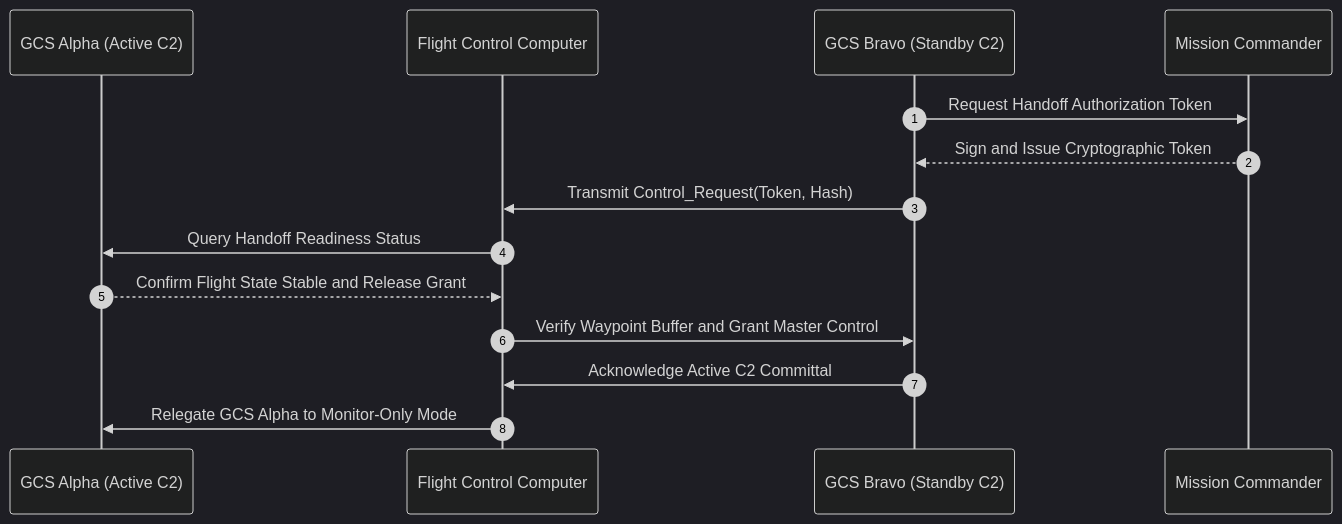
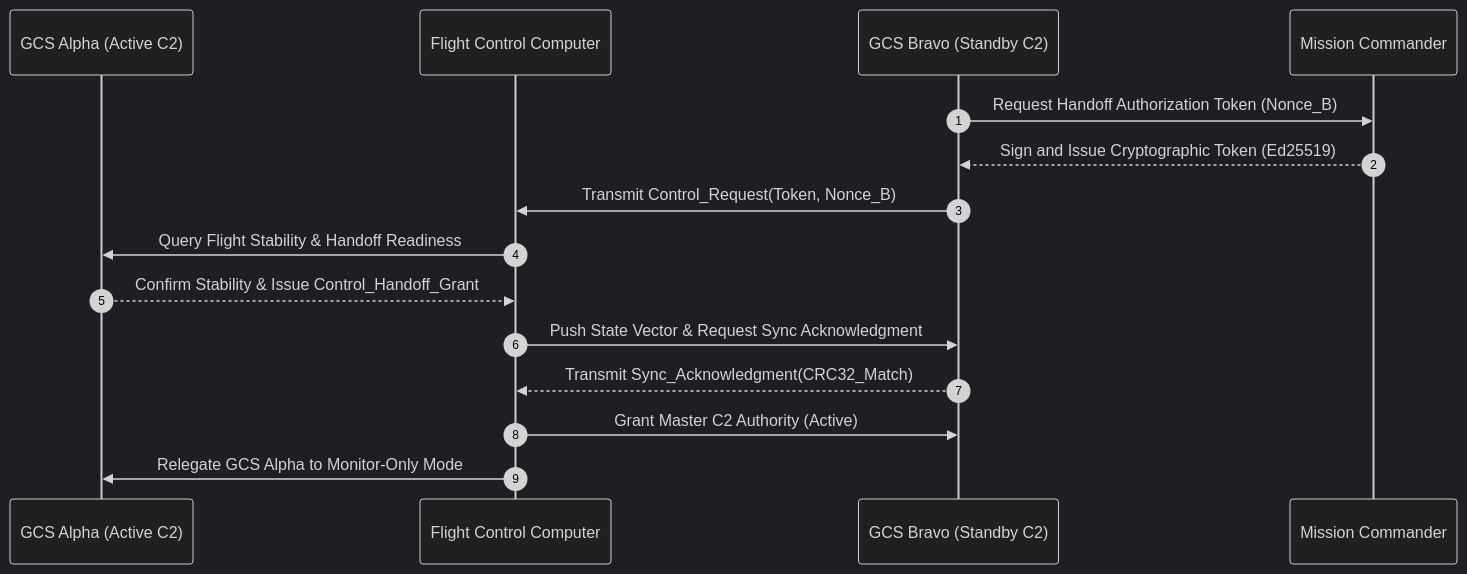
The diagram in docs/conops/units/conops/04_USER_CLASSES_AND_STAKEHOLDERS.md (gintatkinson/uav-13), drawn with Mermaid (dark theme) before and after one commit. The commit also changed other lines of this file and 16 other files, not shown here.

````diff
--- a/docs/conops/units/conops/04_USER_CLASSES_AND_STAKEHOLDERS.md
+++ b/docs/conops/units/conops/04_USER_CLASSES_AND_STAKEHOLDERS.md
@@ -47,17 +70,18 @@
 ```mermaid
 sequenceDiagram
     autonumber
     participant GCS_A as GCS Alpha (Active C2)
     participant FCC as Flight Control Computer
     participant GCS_B as GCS Bravo (Standby C2)
     participant MC as Mission Commander
 
-    GCS_B->>MC: Request Handoff Authorization Token
-    MC-->>GCS_B: Sign and Issue Cryptographic Token
-    GCS_B->>FCC: Transmit Control_Request(Token, Hash)
-    FCC->>GCS_A: Query Handoff Readiness Status
-    GCS_A-->>FCC: Confirm Flight State Stable and Release Grant
-    FCC->>GCS_B: Verify Waypoint Buffer and Grant Master Control
-    GCS_B->>FCC: Acknowledge Active C2 Committal
+    GCS_B->>MC: Request Handoff Authorization Token (Nonce_B)
+    MC-->>GCS_B: Sign and Issue Cryptographic Token (Ed25519)
+    GCS_B->>FCC: Transmit Control_Request(Token, Nonce_B)
+    FCC->>GCS_A: Query Flight Stability & Handoff Readiness
+    GCS_A-->>FCC: Confirm Stability & Issue Control_Handoff_Grant
+    FCC->>GCS_B: Push State Vector & Request Sync Acknowledgment
+    GCS_B-->>FCC: Transmit Sync_Acknowledgment(CRC32_Match)
+    FCC->>GCS_B: Grant Master C2 Authority (Active)
     FCC->>GCS_A: Relegate GCS Alpha to Monitor-Only Mode
 ```
````
